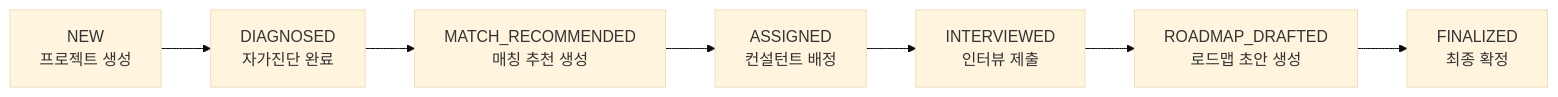
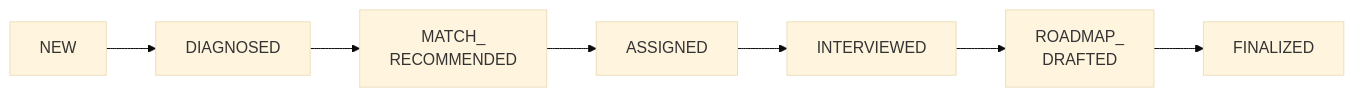
One commit to BaekKyunShin/KPC-AX-Roadmap-Dashboard changed the second of 6 diagrams in README.md. Above: the diagram before and after it, drawn with Mermaid (base theme). The commit also changed other lines of this file, not shown here.

First line of the commit message:
fix: Mermaid 다이어그램 렌더링 문제 수정

````diff
--- a/README.md
+++ b/README.md
@@ -75,9 +75,9 @@
 ```mermaid
 flowchart LR
-    A["NEW\n프로젝트 생성"] --> B["DIAGNOSED\n자가진단 완료"]
-    B --> C["MATCH_RECOMMENDED\n매칭 추천 생성"]
-    C --> D["ASSIGNED\n컨설턴트 배정"]
-    D --> E["INTERVIEWED\n인터뷰 제출"]
-    E --> F["ROADMAP_DRAFTED\n로드맵 초안 생성"]
-    F --> G["FINALIZED\n최종 확정"]
+    A["NEW"] --> B["DIAGNOSED"]
+    B --> C["MATCH_<br>RECOMMENDED"]
+    C --> D["ASSIGNED"]
+    D --> E["INTERVIEWED"]
+    E --> F["ROADMAP_<br>DRAFTED"]
+    F --> G["FINALIZED"]
 ```
````
